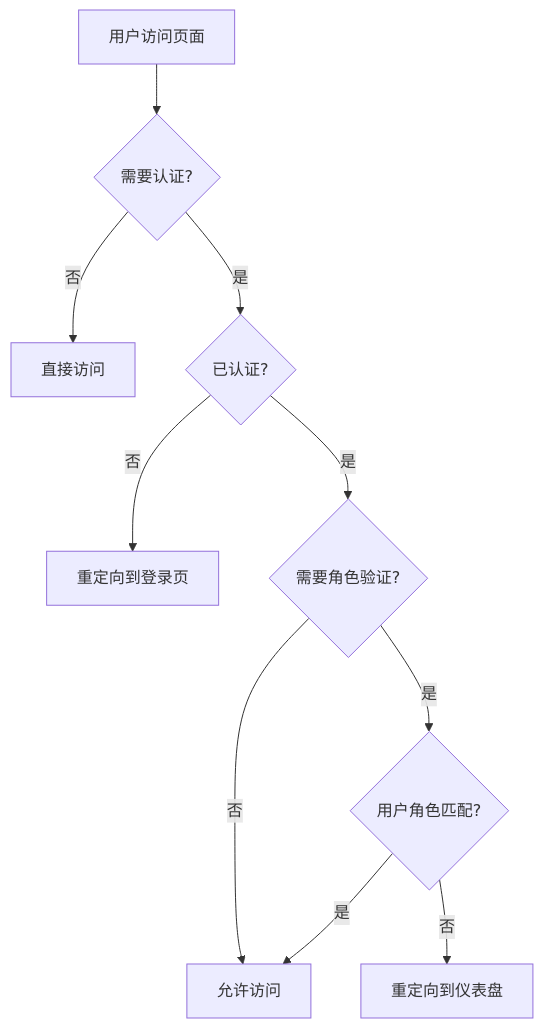
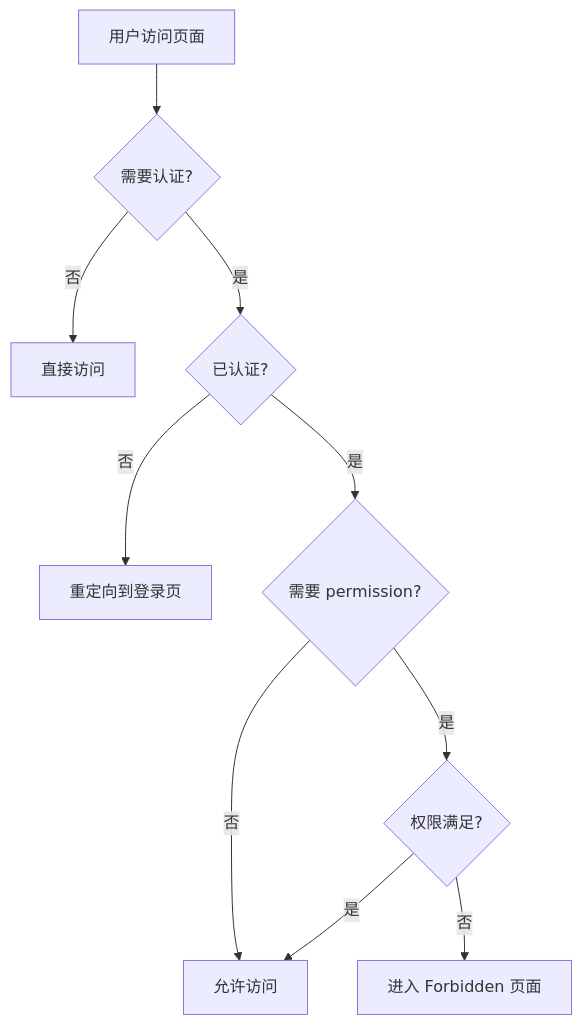
Before and after one commit to lelouch0823/KK-Image: the first of 2 diagrams in docs/architecture/modules/frontend-views.md, drawn with Mermaid. The commit also changed other lines of this file and 94 other files, not shown here.

````diff
--- a/docs/architecture/modules/frontend-views.md
+++ b/docs/architecture/modules/frontend-views.md
@@ -243,12 +240,12 @@
 ```mermaid
 flowchart TD
     A[用户访问页面] --> B{需要认证?}
     B -->|否| C[直接访问]
     B -->|是| D{已认证?}
     D -->|否| E[重定向到登录页]
-    D -->|是| F{需要角色验证?}
+    D -->|是| F{需要 permission?}
     F -->|否| G[允许访问]
-    F -->|是| H{用户角色匹配?}
-    H -->|否| I[重定向到仪表盘]
+    F -->|是| H{权限满足?}
+    H -->|否| I[进入 Forbidden 页面]
     H -->|是| G
 ```
````
